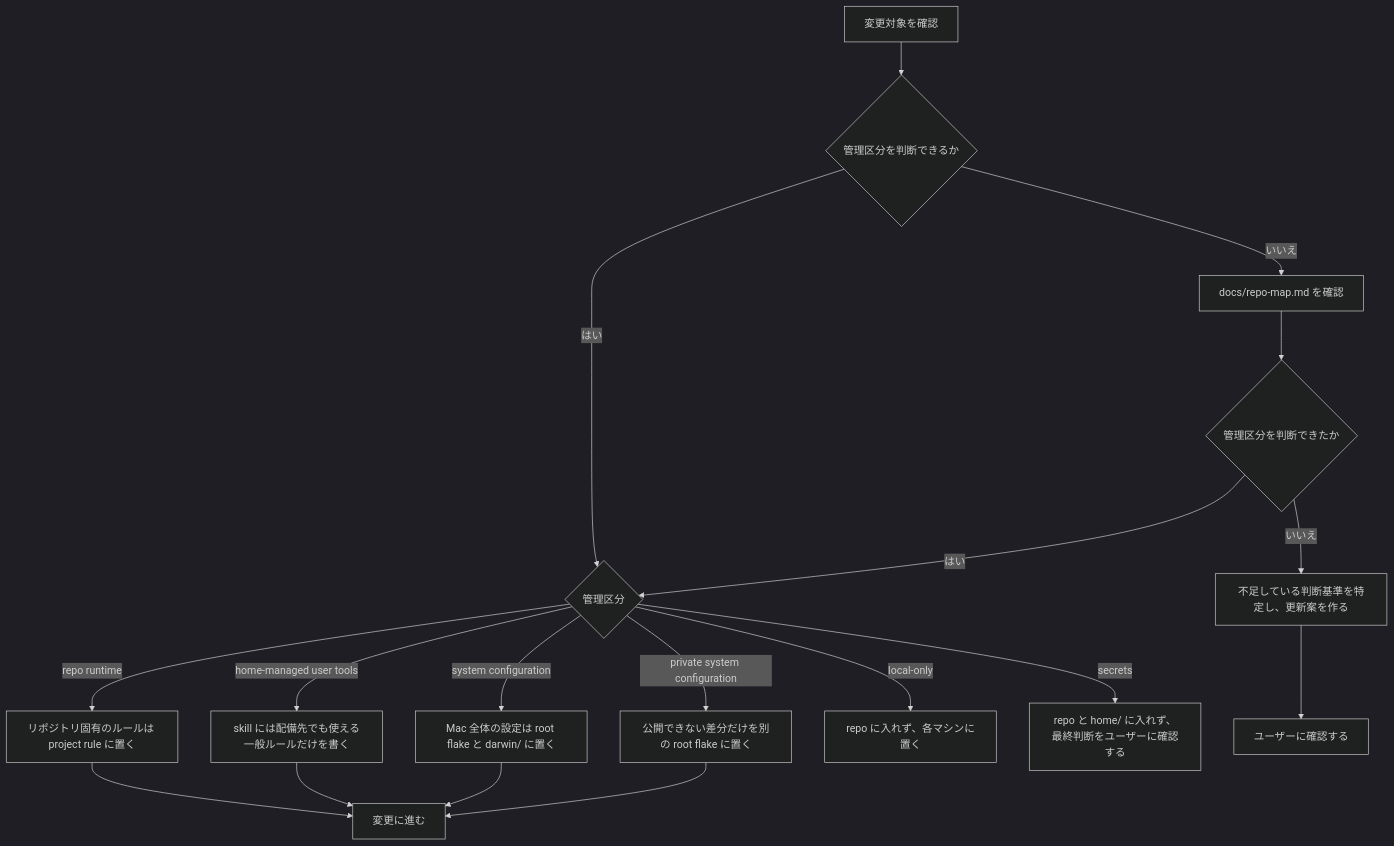
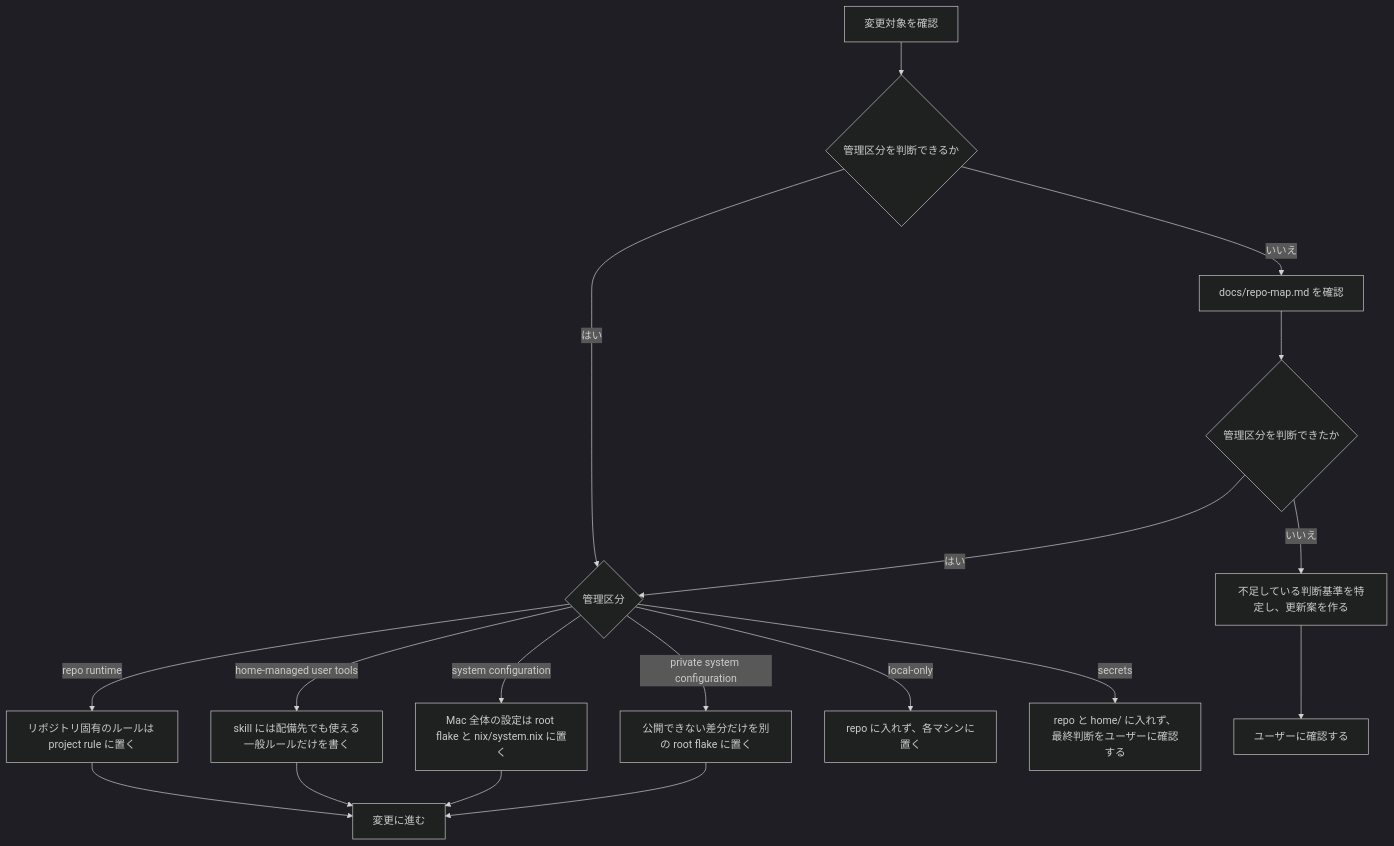
One commit to 9sako6/dotfiles changed the first of 2 diagrams in docs/operations.md. Above: the diagram before and after it, drawn with Mermaid (dark theme). The commit also changed other lines of this file, not shown here.

Commit message:
docs: update operations for unified nix layout

````diff
--- a/docs/operations.md
+++ b/docs/operations.md
@@ -9,20 +9,20 @@
 ```mermaid
 flowchart TD
     start["変更対象を確認"] --> known{"管理区分を判断できるか"}
     known -->|"はい"| boundary{"管理区分"}
     known -->|"いいえ"| map["docs/repo-map.md を確認"]
     map --> resolved{"管理区分を判断できたか"}
     resolved -->|"はい"| boundary
     resolved -->|"いいえ"| proposal["不足している判断基準を特定し、更新案を作る"]
     proposal --> ask["ユーザーに確認する"]
     boundary -->|"repo runtime"| repo["リポジトリ固有のルールは project rule に置く"]
     boundary -->|"home-managed user tools"| home["skill には配備先でも使える一般ルールだけを書く"]
-    boundary -->|"system configuration"| system["Mac 全体の設定は root flake と darwin/ に置く"]
+    boundary -->|"system configuration"| system["Mac 全体の設定は root flake と nix/system.nix に置く"]
     boundary -->|"private system configuration"| private["公開できない差分だけを別の root flake に置く"]
     boundary -->|"local-only"| local["repo に入れず、各マシンに置く"]
     boundary -->|"secrets"| secrets["repo と home/ に入れず、最終判断をユーザーに確認する"]
     repo --> change["変更に進む"]
     home --> change
     system --> change
     private --> change
 ```
````
